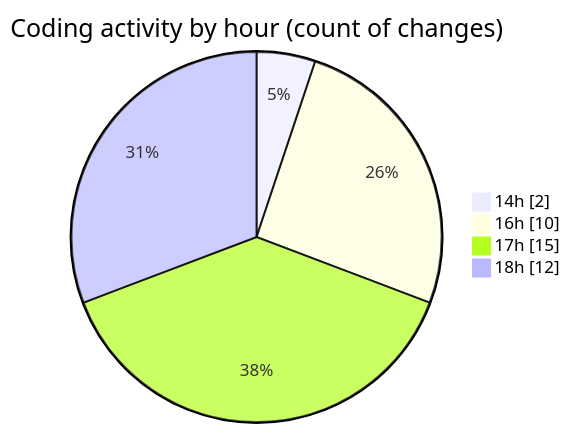
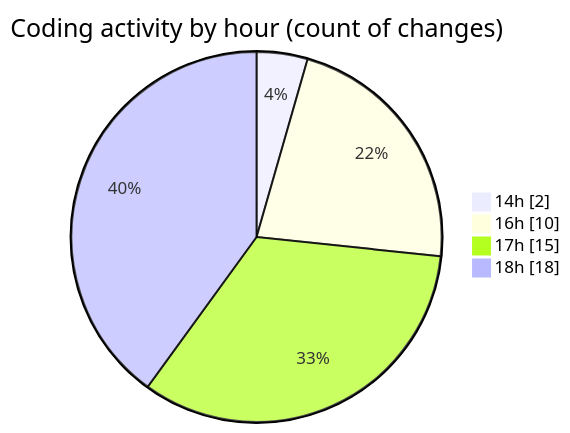
The second of 2 diagrams in 2025-06-18/scopesketch-app/README.md (Ritupan-Deka/code-tracking), drawn with Mermaid before and after one commit. The commit also changed other lines of this file and 1 other file, not shown here.

````diff
--- a/2025-06-18/scopesketch-app/README.md
+++ b/2025-06-18/scopesketch-app/README.md
@@ -41,8 +41,8 @@
 ```mermaid
 pie showData
 title Coding activity by hour (count of changes)
 "14h" : 2
 "16h" : 10
 "17h" : 15
-"18h" : 12
+"18h" : 18
 ```
````
